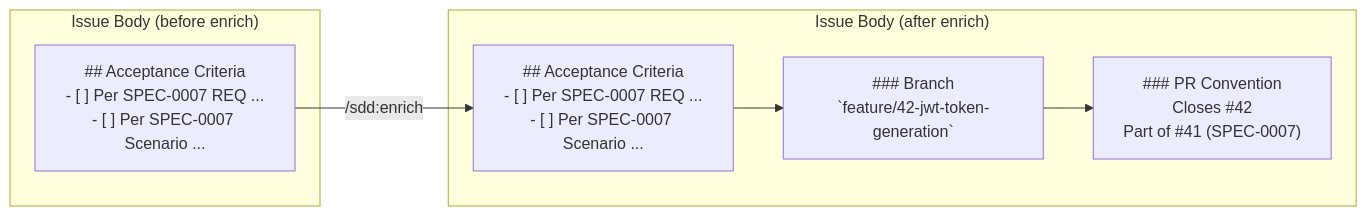
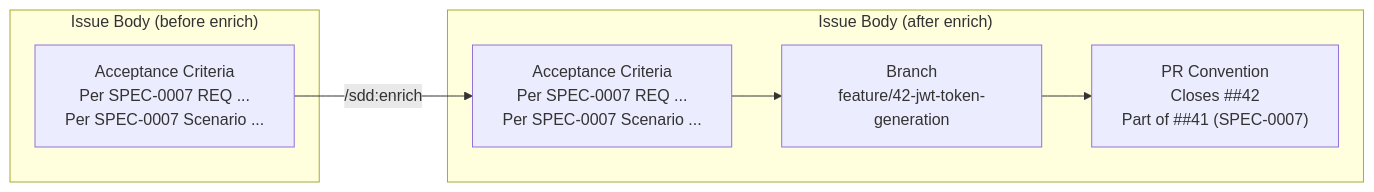
Before and after one commit to joestump/claude-plugin-sdd: the second of 4 diagrams in docs/openspec/specs/retroactive-issue-management/design.md, drawn with Mermaid. The commit also changed 6 other files, not shown here.

First line of the commit message:
fix(docs): repair the seven mermaid diagrams that fail to render

````diff
--- a/docs/openspec/specs/retroactive-issue-management/design.md
+++ b/docs/openspec/specs/retroactive-issue-management/design.md
@@ -110,16 +110,16 @@
 ```mermaid
 flowchart LR
     subgraph "Issue Body (before enrich)"
-        B1["## Acceptance Criteria\n- [ ] Per SPEC-0007 REQ ...\n- [ ] Per SPEC-0007 Scenario ..."]
+        B1["Acceptance Criteria<br/>Per SPEC-0007 REQ ...<br/>Per SPEC-0007 Scenario ..."]
     end
 
     subgraph "Issue Body (after enrich)"
-        B2["## Acceptance Criteria\n- [ ] Per SPEC-0007 REQ ...\n- [ ] Per SPEC-0007 Scenario ..."]
-        B3["### Branch\n`feature/42-jwt-token-generation`"]
-        B4["### PR Convention\nCloses #42\nPart of #41 (SPEC-0007)"]
+        B2["Acceptance Criteria<br/>Per SPEC-0007 REQ ...<br/>Per SPEC-0007 Scenario ..."]
+        B3["Branch<br/>feature/42-jwt-token-generation"]
+        B4["PR Convention<br/>Closes ##35;42<br/>Part of ##35;41 (SPEC-0007)"]
     end
 
     B1 -->|"/sdd:enrich"| B2
     B2 --> B3
     B3 --> B4
 ```
````
